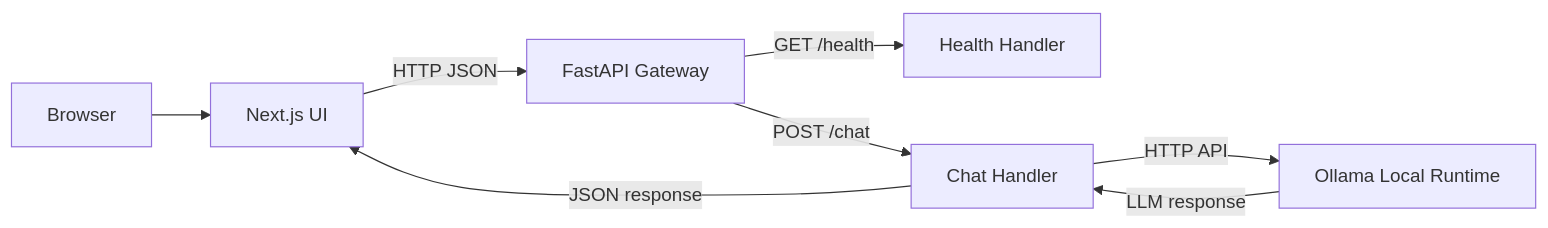
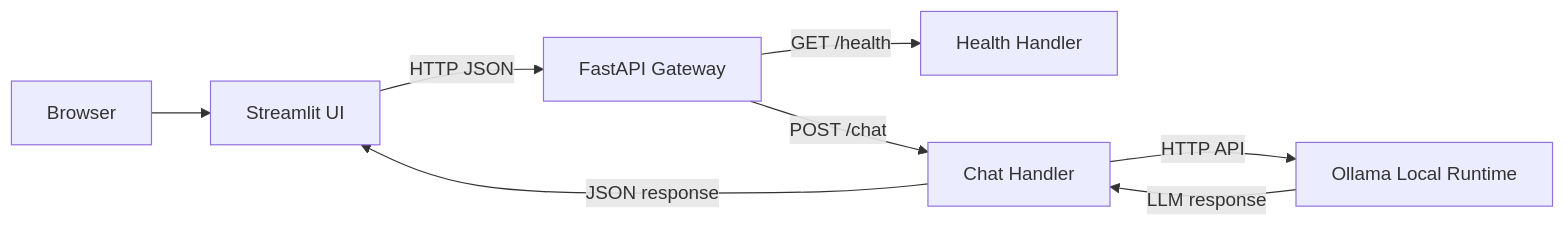
The first of 4 diagrams in docs/architecture.md (omcs-i-a/closed-llm-platform), drawn with Mermaid before and after one commit. The commit also changed other lines of this file and 24 other files, not shown here.

````diff
--- a/docs/architecture.md
+++ b/docs/architecture.md
@@ -32,10 +32,10 @@
 ```mermaid
 flowchart LR
-  Browser[Browser] --> Web[Next.js UI]
-  Web -->|HTTP JSON| API[FastAPI Gateway]
+  Browser[Browser] --> UI[Streamlit UI]
+  UI -->|HTTP JSON| API[FastAPI Gateway]
   API -->|GET /health| Health[Health Handler]
   API -->|POST /chat| Chat[Chat Handler]
   Chat -->|HTTP API| Ollama[Ollama Local Runtime]
   Ollama -->|LLM response| Chat
-  Chat -->|JSON response| Web
+  Chat -->|JSON response| UI
 ```
````
